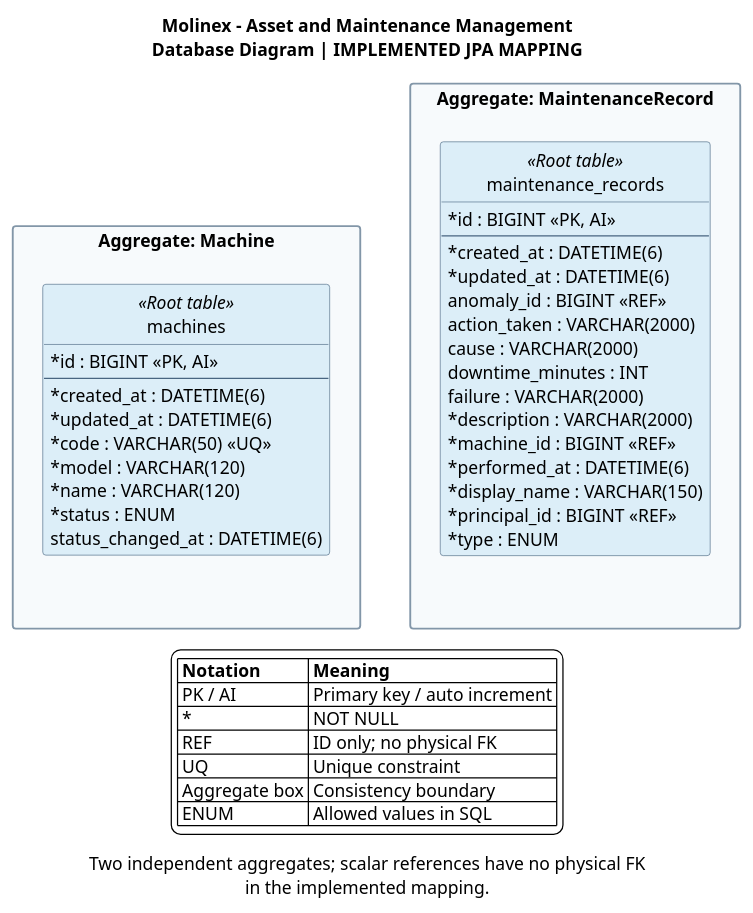
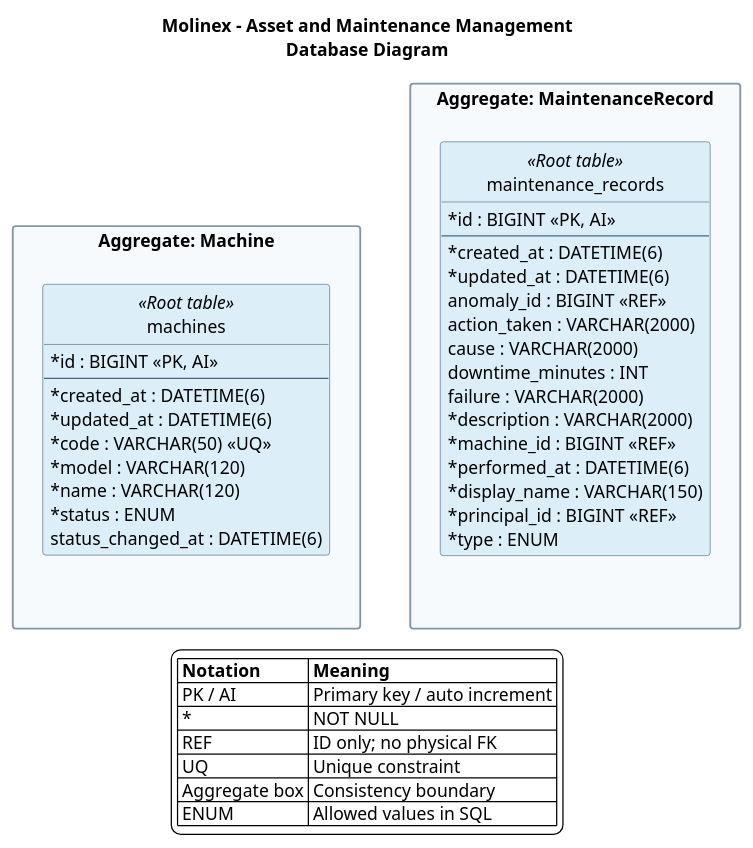
The diagram in assets/Images Chapter 4/Database Design/Database Diagrams/asset-maintenance-management-database.puml (Vanguard-open-source/molinex-report), drawn with PlantUML before and after one commit. The commit also changed 14 other files, not shown here.

Commit message:
docs(database): simplify diagram descriptions and titles

```diff
--- a/assets/Images Chapter 4/Database Design/Database Diagrams/asset-maintenance-management-database.puml
+++ b/assets/Images Chapter 4/Database Design/Database Diagrams/asset-maintenance-management-database.puml
@@ -1,63 +1,59 @@
 @startuml
 left to right direction
 hide circle
 hide methods
 skinparam backgroundColor #FFFFFF
 skinparam shadowing false
 skinparam defaultFontName Arial
 skinparam defaultFontSize 14
 skinparam classAttributeIconSize 0
 skinparam packageStyle rectangle
 skinparam ArrowColor #486581
 skinparam nodesep 50
 skinparam ranksep 75
 skinparam classBorderColor #486581
 skinparam packageBorderColor #8296A8
-title Molinex - Asset and Maintenance Management\nDatabase Diagram | IMPLEMENTED JPA MAPPING
-caption
-Two independent aggregates; scalar references have no physical FK
-in the implemented mapping.
-endcaption
+title Molinex - Asset and Maintenance Management\nDatabase Diagram
 package "Aggregate: Machine" as aggregate_0 #F7FAFC {
 entity "machines" as machines <<Root table>> #DCEEF8 {
   * id : BIGINT <<PK, AI>>
   --
   * created_at : DATETIME(6)
   * updated_at : DATETIME(6)
   * code : VARCHAR(50) <<UQ>>
   * model : VARCHAR(120)
   * name : VARCHAR(120)
   * status : ENUM
   status_changed_at : DATETIME(6)
 }
 }
 package "Aggregate: MaintenanceRecord" as aggregate_1 #F7FAFC {
 entity "maintenance_records" as maintenance_records <<Root table>> #DCEEF8 {
   * id : BIGINT <<PK, AI>>
   --
   * created_at : DATETIME(6)
   * updated_at : DATETIME(6)
   anomaly_id : BIGINT <<REF>>
   action_taken : VARCHAR(2000)
   cause : VARCHAR(2000)
   downtime_minutes : INT
   failure : VARCHAR(2000)
   * description : VARCHAR(2000)
   * machine_id : BIGINT <<REF>>
   * performed_at : DATETIME(6)
   * display_name : VARCHAR(150)
   * principal_id : BIGINT <<REF>>
   * type : ENUM
 }
 }
 aggregate_0 -[hidden]-> aggregate_1
 legend bottom
 |= Notation |= Meaning |
 | PK / AI | Primary key / auto increment |
 | * | NOT NULL |
 | REF | ID only; no physical FK |
 | UQ | Unique constraint |
 | Aggregate box | Consistency boundary |
 | ENUM | Allowed values in SQL |
 endlegend
 @enduml
```
